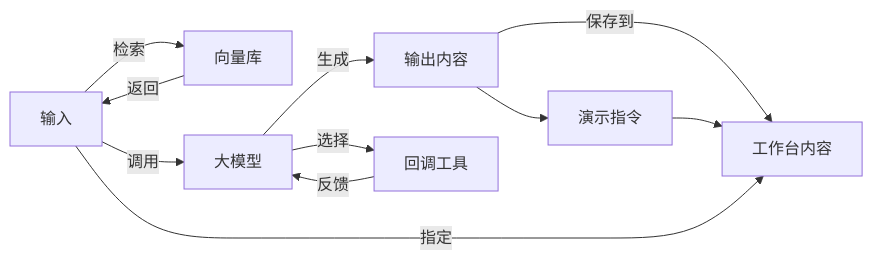
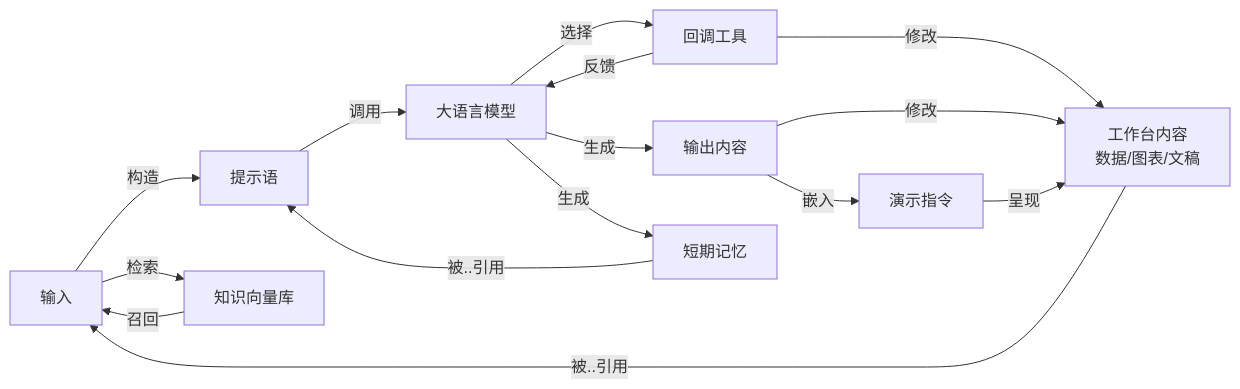
The second of 3 diagrams in design.md (arcstep/illufly), drawn with Mermaid before and after one commit. The commit also changed other lines of this file, not shown here.

````diff
--- a/design.md
+++ b/design.md
@@ -53,16 +78,20 @@
 ```mermaid
 graph LR
     INPUT[输入]
-    DB[向量库]
+    Prompt[提示语]
+    DB[知识向量库]
     OUTPUT[输出内容]
-    LLM[大模型]
+    LLM[大语言模型]
     Tools[回调工具]
-    Slide[工作台内容]
+    Slide[工作台内容\n 数据/图表/文稿]
     Cursor[演示指令]
+    Memory[短期记忆]
 
-    INPUT -->|检索| DB -->|返回| INPUT
-    INPUT -->|调用| LLM -->|选择| Tools -->|反馈| LLM
-    LLM -->|生成| OUTPUT -->|保存到| Slide
-    OUTPUT --> Cursor --> Slide
-    INPUT -->|指定| Slide
+    INPUT -->|检索| DB -->|召回| INPUT -->|构造| Prompt
+    Prompt -->|调用| LLM -->|选择| Tools -->|反馈| LLM
+    Tools -->|修改| Slide
+    LLM -->|生成| OUTPUT -->|修改| Slide
+    LLM -->|生成| Memory -->|被..引用| Prompt
+    OUTPUT -->|嵌入| Cursor -->|呈现| Slide
+    Slide -->|被..引用| INPUT
 ```
````
